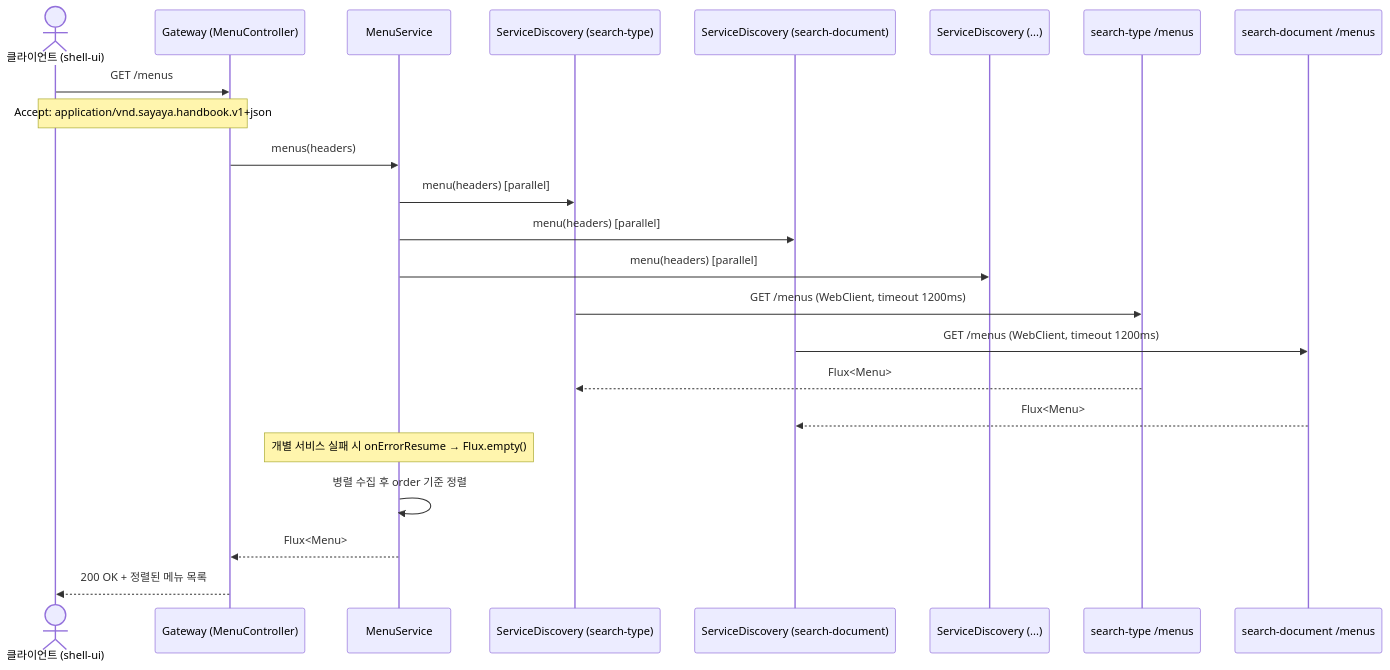
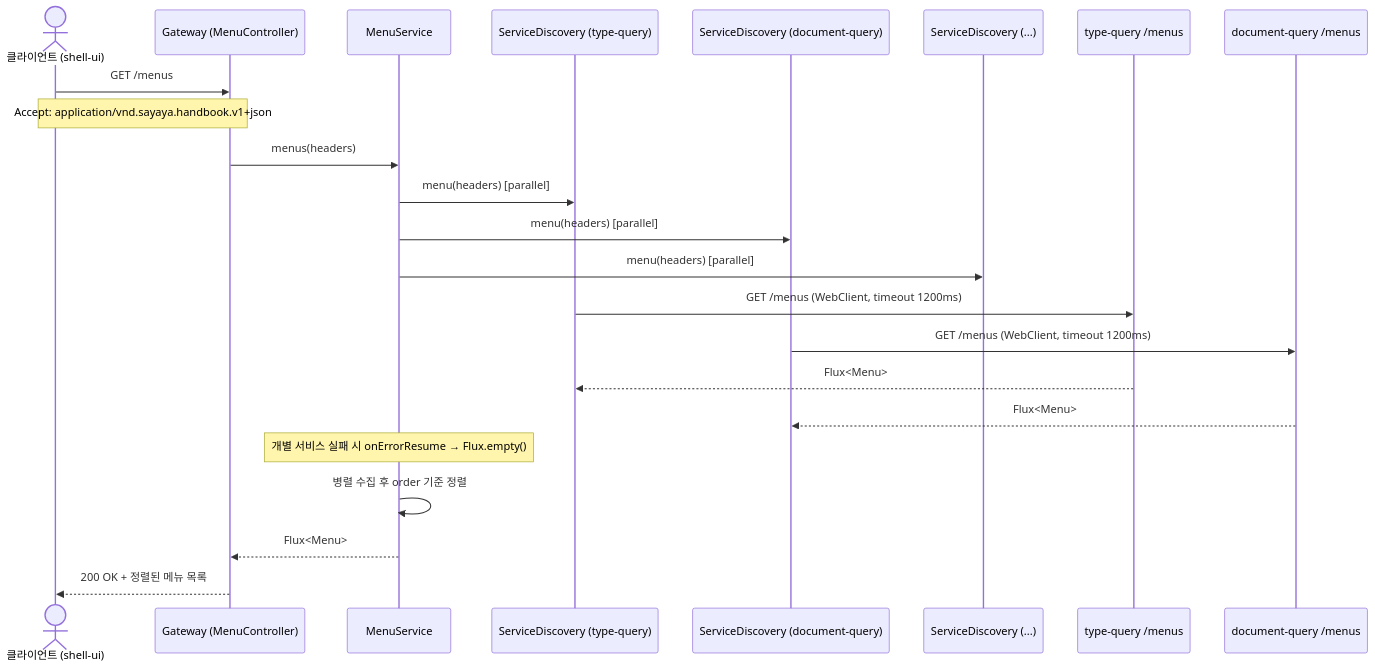
The first of 6 diagrams in gateway/USECASE.md (sayaya1090/handbook), drawn with Mermaid before and after one commit. The commit also changed other lines of this file and 620 other files, not shown here.

````diff
--- a/gateway/USECASE.md
+++ b/gateway/USECASE.md
@@ -5,26 +5,26 @@
 ```mermaid
 sequenceDiagram
     actor Client as 클라이언트 (shell-ui)
     participant GW as Gateway (MenuController)
     participant Svc as MenuService
-    participant SD1 as ServiceDiscovery (search-type)
-    participant SD2 as ServiceDiscovery (search-document)
+    participant SD1 as ServiceDiscovery (type-query)
+    participant SD2 as ServiceDiscovery (document-query)
     participant SDn as ServiceDiscovery (...)
-    participant Svc1 as search-type /menus
-    participant Svc2 as search-document /menus
+    participant Svc1 as type-query /menus
+    participant Svc2 as document-query /menus
 
     Client->>GW: GET /menus
     Note over Client,GW: Accept: application/vnd.sayaya.handbook.v1+json
     GW->>Svc: menus(headers)
     Svc->>SD1: menu(headers) [parallel]
     Svc->>SD2: menu(headers) [parallel]
     Svc->>SDn: menu(headers) [parallel]
     SD1->>Svc1: GET /menus (WebClient, timeout 1200ms)
     SD2->>Svc2: GET /menus (WebClient, timeout 1200ms)
     Svc1-->>SD1: Flux<Menu>
     Svc2-->>SD2: Flux<Menu>
     Note over Svc: 개별 서비스 실패 시 onErrorResume → Flux.empty()
     Svc->>Svc: 병렬 수집 후 order 기준 정렬
     Svc-->>GW: Flux<Menu>
     GW-->>Client: 200 OK + 정렬된 메뉴 목록
 ```
````
